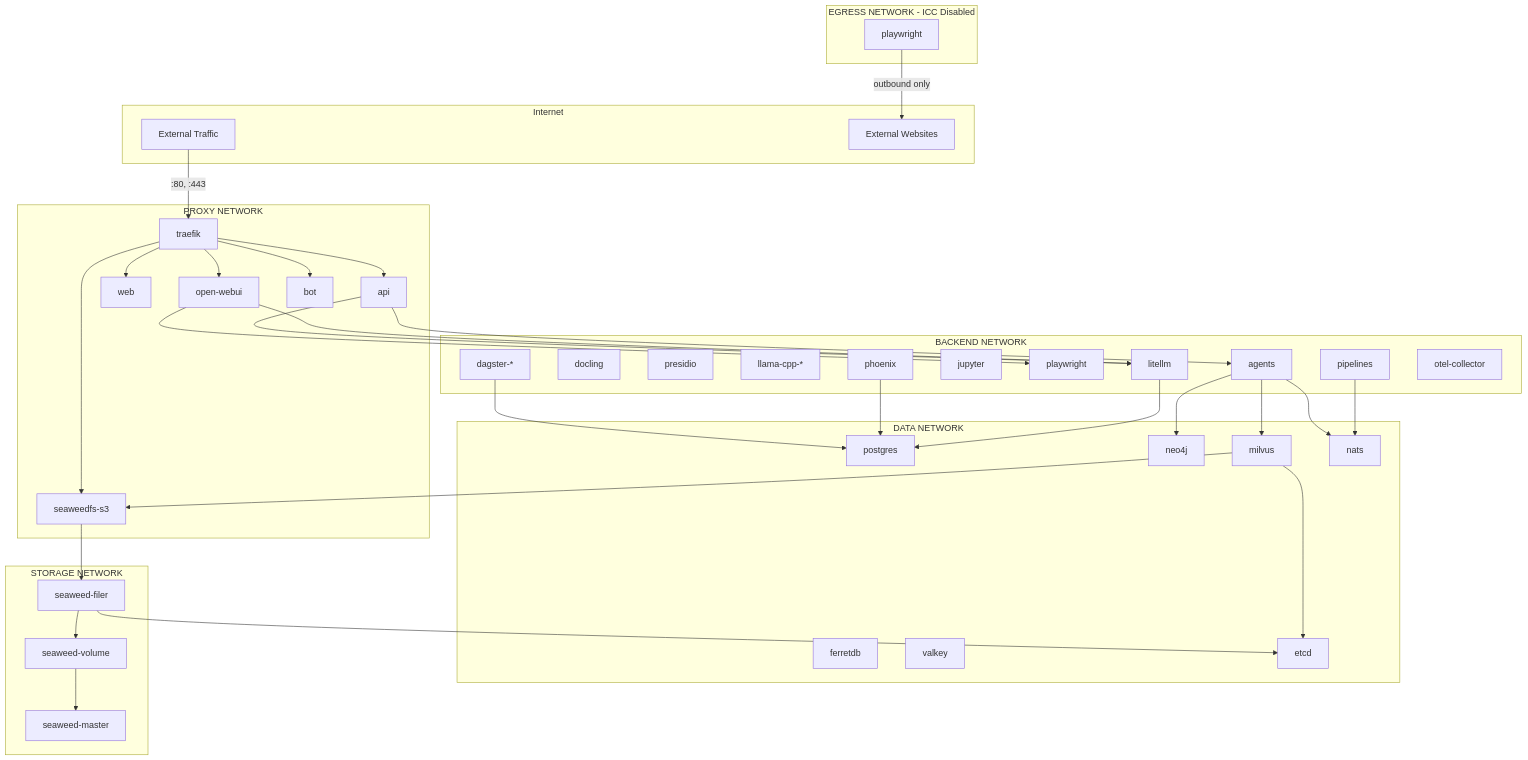
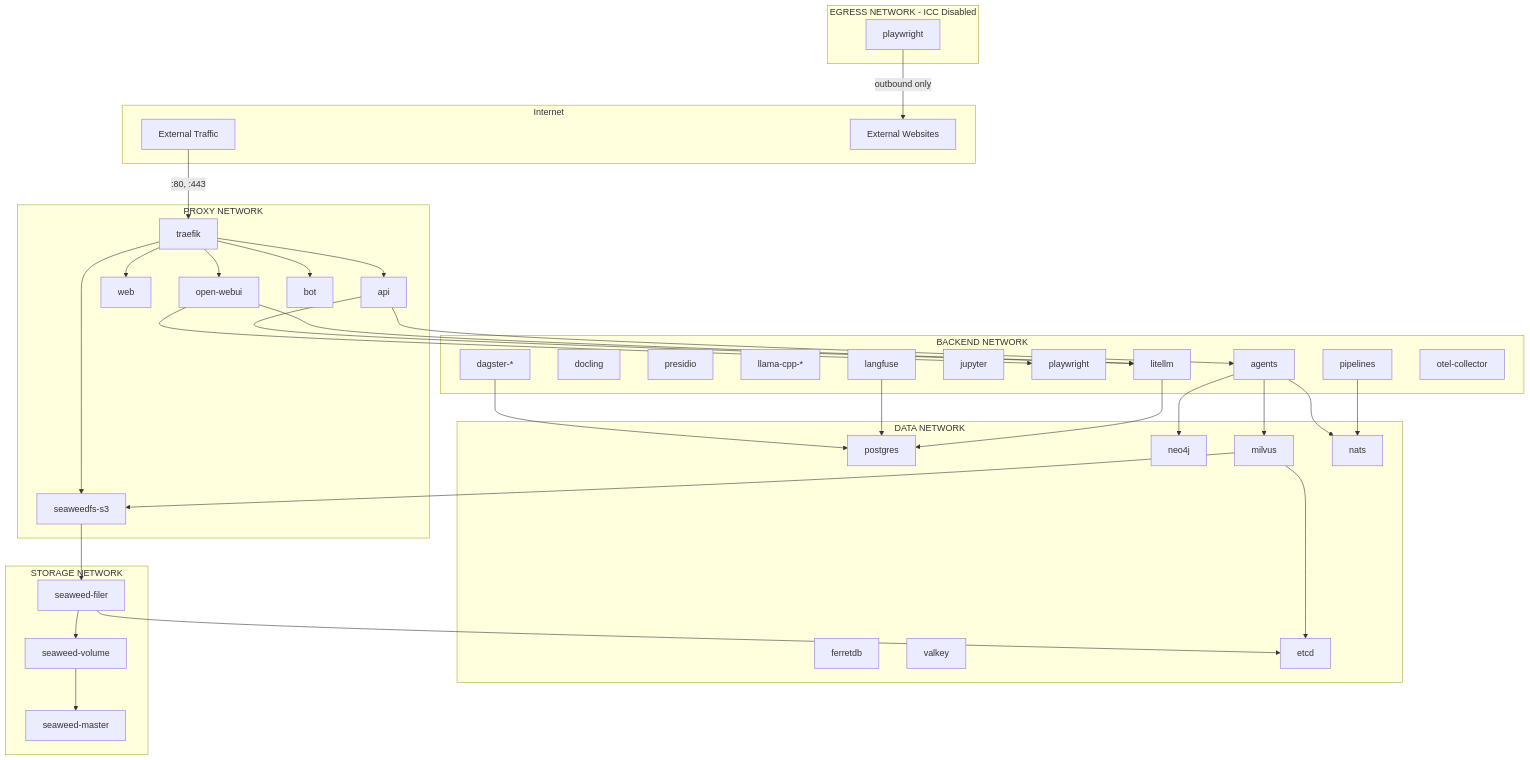
One commit to bbvch-ai/aihub-core changed the diagram in aihub_doc/docs/2_platform/2_architecture/4_network_isolation/index.en.md. Above: the diagram before and after it, drawn with Mermaid. The commit also changed other lines of this file and 51 other files, not shown here.

First line of the commit message:
chore(docs): replace Phoenix references with Langfuse across documentation

````diff
--- a/aihub_doc/docs/2_platform/2_architecture/4_network_isolation/index.en.md
+++ b/aihub_doc/docs/2_platform/2_architecture/4_network_isolation/index.en.md
@@ -96,78 +96,78 @@
 ```mermaid
 flowchart TB
     subgraph Internet
         ext[External Traffic]
         websites[External Websites]
     end
 
     subgraph proxy[PROXY NETWORK]
         traefik[traefik]
         api[api]
         web[web]
         openwebui[open-webui]
         bot[bot]
         s3proxy[seaweedfs-s3]
     end
 
     subgraph backend[BACKEND NETWORK]
         litellm[litellm]
         docling[docling]
         presidio[presidio]
         llama[llama-cpp-*]
         agents[agents]
         jupyter[jupyter]
         playwright[playwright]
         dagster[dagster-*]
         pipelines[pipelines]
-        phoenix[phoenix]
+        langfuse[langfuse]
         otel[otel-collector]
     end
 
     subgraph egress[EGRESS NETWORK - ICC Disabled]
         playwright_egress[playwright]
     end
 
     subgraph data[DATA NETWORK]
         postgres[postgres]
         ferretdb[ferretdb]
         neo4j[neo4j]
         milvus[milvus]
         valkey[valkey]
         nats[nats]
         etcd[etcd]
     end
 
     subgraph storage[STORAGE NETWORK]
         swmaster[seaweed-master]
         swvolume[seaweed-volume]
         swfiler[seaweed-filer]
     end
 
     ext -->|:80, :443| traefik
     traefik --> api
     traefik --> web
     traefik --> openwebui
     traefik --> bot
     traefik --> s3proxy
 
     api --> litellm
     api --> agents
     openwebui --> litellm
     openwebui --> playwright
     agents --> nats
     agents --> milvus
     agents --> neo4j
     pipelines --> nats
     dagster --> postgres
-    phoenix --> postgres
+    langfuse --> postgres
     litellm --> postgres
 
     milvus --> etcd
     milvus --> s3proxy
     swfiler --> etcd
     s3proxy --> swfiler
     swfiler --> swvolume
     swvolume --> swmaster
 
     playwright_egress -->|outbound only| websites
 ```
````
